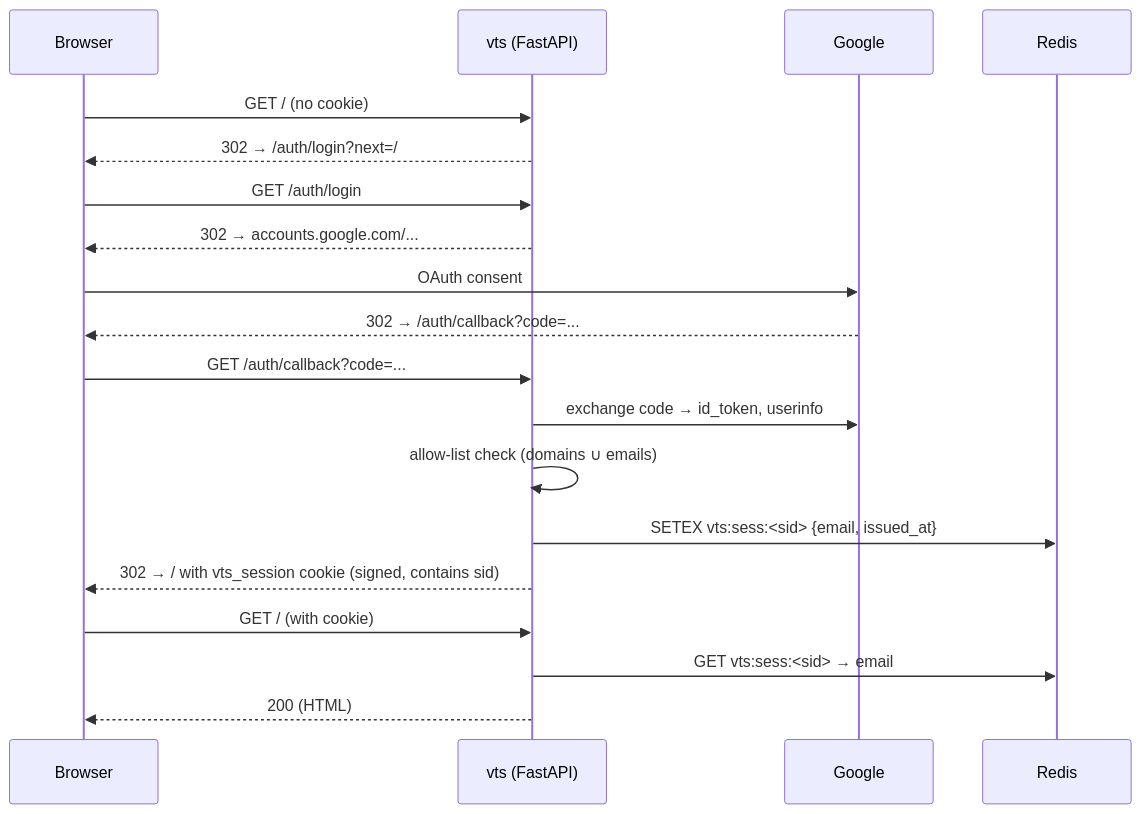
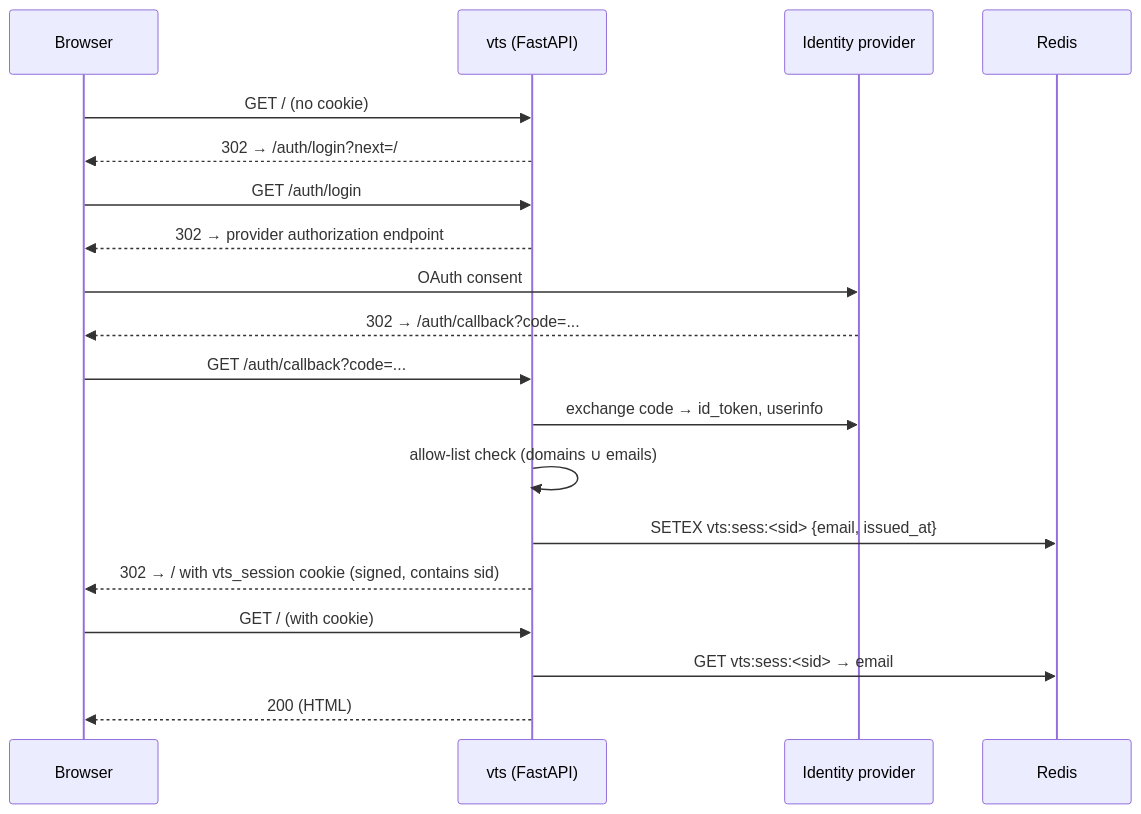
Before and after one commit to gorynychzmey/vts: the first of 2 diagrams in docs/AUTH.md, drawn with Mermaid. The commit also changed other lines of this file and 6 other files, not shown here.

````diff
--- a/docs/AUTH.md
+++ b/docs/AUTH.md
@@ -67,22 +161,22 @@
 ```mermaid
 sequenceDiagram
   participant B as Browser
   participant V as vts (FastAPI)
-  participant G as Google
+  participant G as Identity provider
   participant R as Redis
 
   B->>V: GET /  (no cookie)
   V-->>B: 302 → /auth/login?next=/
   B->>V: GET /auth/login
-  V-->>B: 302 → accounts.google.com/...
+  V-->>B: 302 → provider authorization endpoint
   B->>G: OAuth consent
   G-->>B: 302 → /auth/callback?code=...
   B->>V: GET /auth/callback?code=...
   V->>G: exchange code → id_token, userinfo
   V->>V: allow-list check (domains ∪ emails)
   V->>R: SETEX vts:sess:<sid> {email, issued_at}
   V-->>B: 302 → / with vts_session cookie (signed, contains sid)
   B->>V: GET / (with cookie)
   V->>R: GET vts:sess:<sid> → email
   V-->>B: 200 (HTML)
 ```
````
